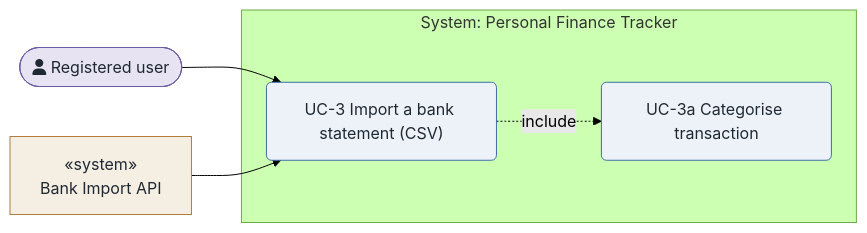
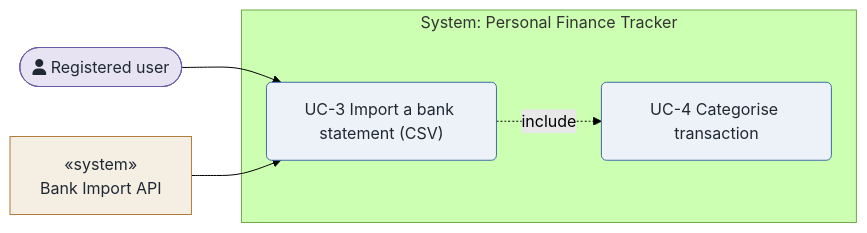
One commit to rtym/sei-architecture-methodology changed the diagram in examples/personal-finance-tracker-mermaid/drivers/use-cases/UC-3.md. Above: the diagram before and after it, drawn with Mermaid (forest theme). The commit also changed other lines of this file and 30 other files, not shown here.

First line of the commit message:
fix: correct UML use case diagram conventions; bump to 1.5.0

````diff
--- a/examples/personal-finance-tracker-mermaid/drivers/use-cases/UC-3.md
+++ b/examples/personal-finance-tracker-mermaid/drivers/use-cases/UC-3.md
@@ -39,19 +39,19 @@
 ```mermaid
 flowchart LR
   %% Use case diagram — UC-3 Import a bank statement (CSV)
   pa(["fa:fa-user Registered user"])
   bank["&laquo;system&raquo;<br/>Bank Import API"]
   subgraph sys["System: Personal Finance Tracker"]
     uc3("UC-3 Import a bank statement (CSV)")
-    uc3a("UC-3a Categorise transaction")
+    uc4("UC-4 Categorise transaction")
   end
   pa --> uc3
   bank --> uc3
-  uc3 -. include .-> uc3a
+  uc3 -. include .-> uc4
   classDef source   fill:#E7E3F3,stroke:#6B5BA6,color:#1F2933;
   classDef external fill:#F5EEE3,stroke:#B07D3B,color:#1F2933;
   classDef artifact fill:#EDF2F8,stroke:#3E6DA5,color:#1F2933;
   class pa source
   class bank external
-  class uc3,uc3a artifact
+  class uc3,uc4 artifact
 ```
````
